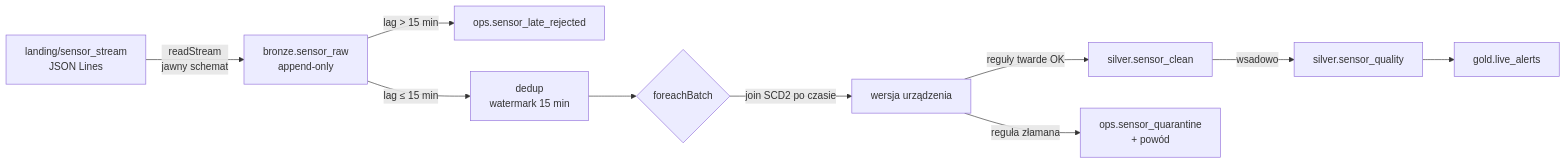
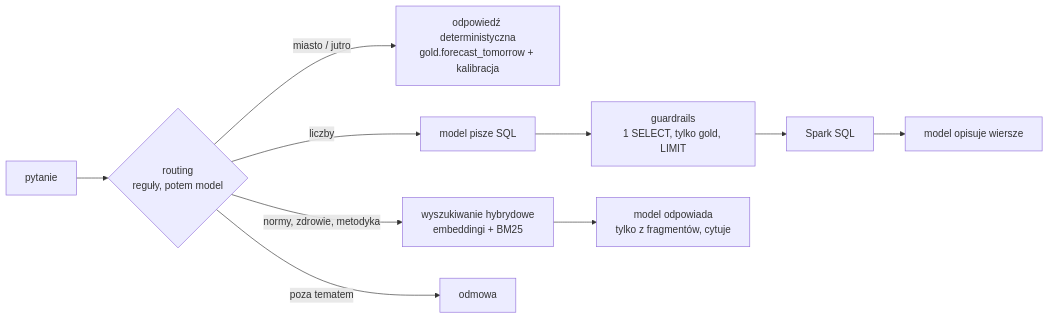
Before and after one commit to adamalama151212-code/DEMO: the fifth of 6 diagrams in docs/ARCHITECTURE.md, drawn with Mermaid. The commit also changed other lines of this file and 215 other files, not shown here.

````diff
--- a/docs/ARCHITECTURE.md
+++ b/docs/ARCHITECTURE.md
@@ -264,12 +253,8 @@
 ```mermaid
 flowchart LR
-    F[landing/sensor_stream<br/>JSON Lines] -->|readStream<br/>jawny schemat| R[bronze.sensor_raw<br/>append-only]
-    R -->|lag > 15 min| L[ops.sensor_late_rejected]
-    R -->|lag ≤ 15 min| D[dedup<br/>watermark 15 min]
-    D --> FB{foreachBatch}
-    FB -->|join SCD2 po czasie| J[wersja urządzenia]
-    J -->|reguły twarde OK| C[silver.sensor_clean]
-    J -->|reguła złamana| Q[ops.sensor_quarantine<br/>+ powód]
-    C -->|wsadowo| QA[silver.sensor_quality]
-    QA --> A[gold.live_alerts]
+    Q[pytanie] --> R{routing<br/>reguły, potem model}
+    R -->|miasto / jutro| F[odpowiedź deterministyczna<br/>gold.forecast_tomorrow + kalibracja]
+    R -->|liczby| S[model pisze SQL] --> G[guardrails<br/>1 SELECT, tylko gold, LIMIT] --> SP[Spark SQL] --> M1[model opisuje wiersze]
+    R -->|normy, zdrowie, metodyka| H[wyszukiwanie hybrydowe<br/>embeddingi + BM25] --> M2[model odpowiada<br/>tylko z fragmentów, cytuje]
+    R -->|poza tematem| O[odmowa]
 ```
````
